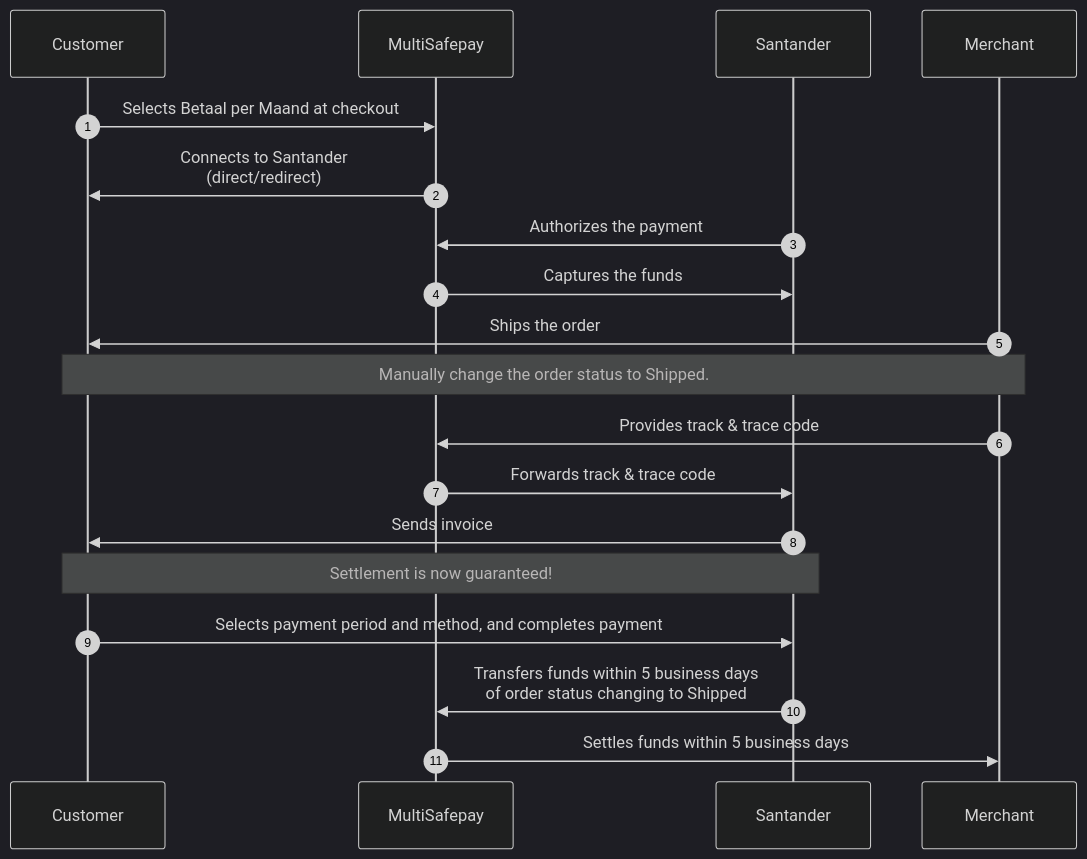
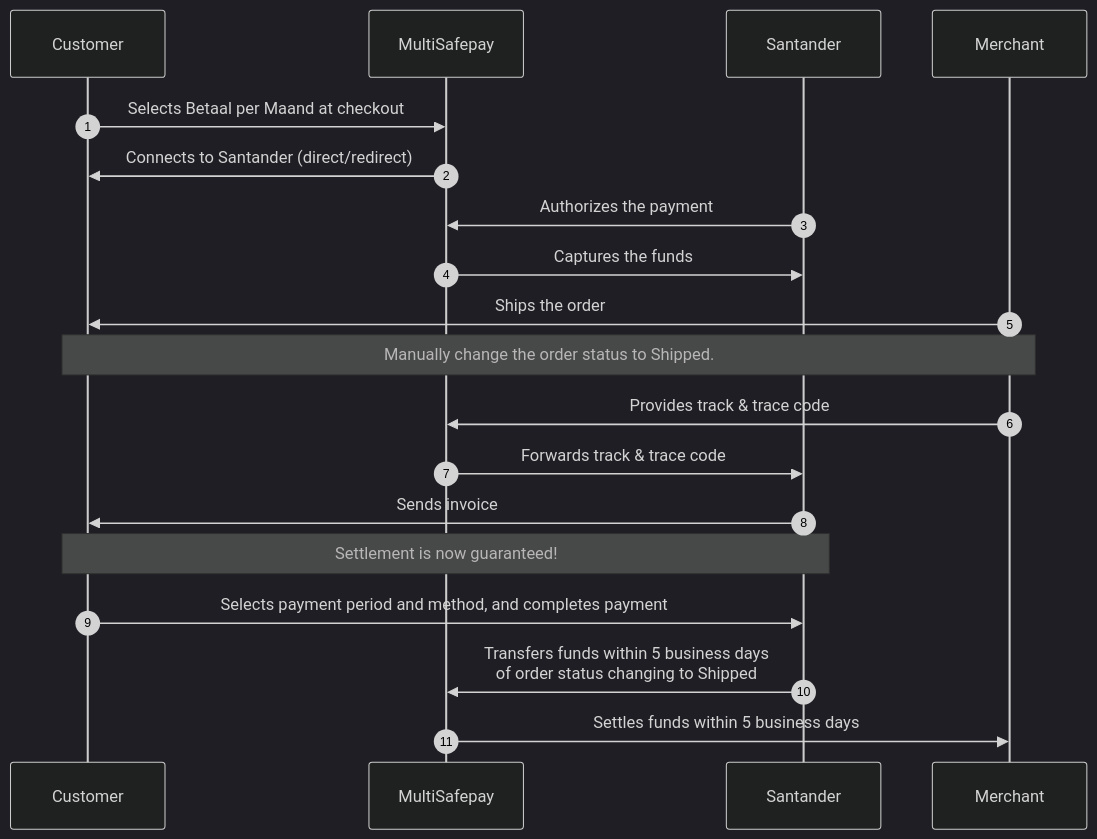
One commit to MultiSafepay/docs changed the diagram in content/payments/methods/pay-later/betaalpermaand/payment-flow.md. Above: the diagram before and after it, drawn with Mermaid (dark theme). The commit also changed other lines of this file and 253 other files, not shown here.

```diff
--- a/content/payments/methods/pay-later/betaalpermaand/payment-flow.md
+++ b/content/payments/methods/pay-later/betaalpermaand/payment-flow.md
@@ -15,24 +15,24 @@
 {{< mermaid class="text-center" >}}
 
 sequenceDiagram
     autonumber
     participant C as Customer
     participant Mu as MultiSafepay
     participant S as Santander
     participant Me as Merchant
 
     C->>Mu: Selects Betaal per Maand at checkout
-    Mu->>C: Connects to Santander <br> (direct/redirect)
+    Mu->>C: Connects to Santander (direct/redirect)
     S->>Mu: Authorizes the payment
     Mu->>S: Captures the funds
     Me->>C: Ships the order
     Note over Me,C: Manually change the order status to Shipped. 
     Me->>Mu: Provides track & trace code
     Mu->>S: Forwards track & trace code 
     S->>C: Sends invoice 
     Note over S,C: Settlement is now guaranteed!
     C->>S: Selects payment period and method, and completes payment 
     S->>Mu: Transfers funds within 5 business days <br> of order status changing to Shipped
     Mu->>Me: Settles funds within 5 business days
 
 {{< /mermaid >}}
```
